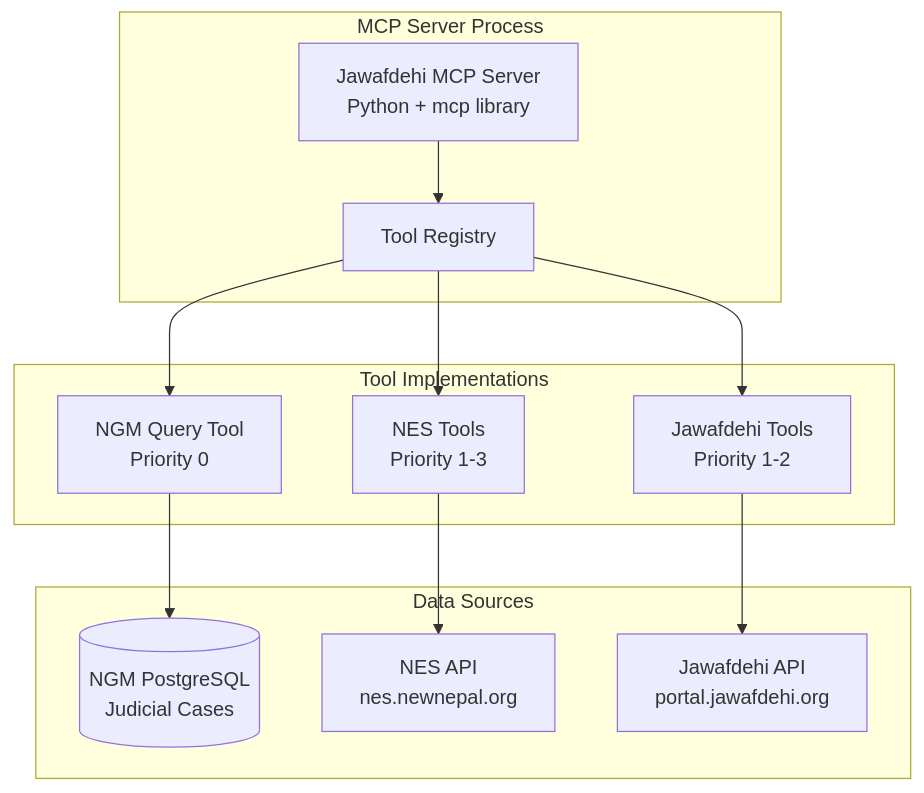
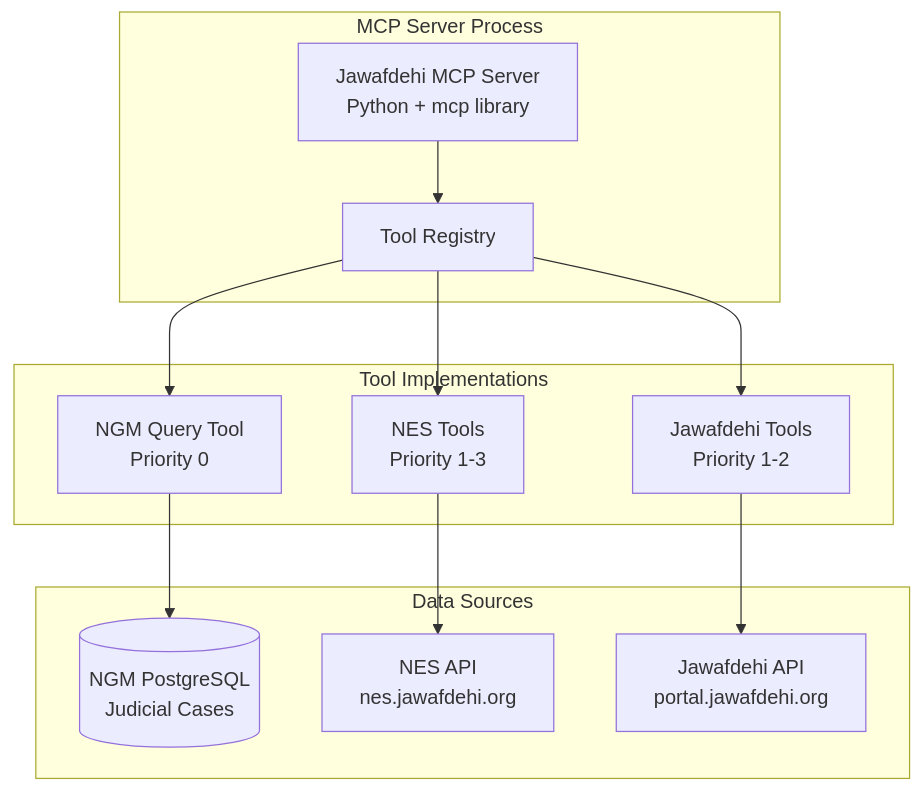
Before and after one commit to Jawafdehi/jawafdehi-meta: the first of 2 diagrams in .kiro/specs/jawafdehi-mcp-server/design.md, drawn with Mermaid. The commit also changed other lines of this file and 26 other files, not shown here.

Commit message:
Rename NewNepal org to Jawafdehi org

````diff
--- a/.kiro/specs/jawafdehi-mcp-server/design.md
+++ b/.kiro/specs/jawafdehi-mcp-server/design.md
@@ -9,29 +9,29 @@
 ```mermaid
 graph TB
     subgraph "MCP Server Process"
         Server[Jawafdehi MCP Server<br/>Python + mcp library]
         ToolRegistry[Tool Registry]
         
         Server --> ToolRegistry
     end
     
     subgraph "Tool Implementations"
         NGMTool[NGM Query Tool<br/>Priority 0]
         NESTools[NES Tools<br/>Priority 1-3]
         JawafTools[Jawafdehi Tools<br/>Priority 1-2]
         
         ToolRegistry --> NGMTool
         ToolRegistry --> NESTools
         ToolRegistry --> JawafTools
     end
     
     subgraph "Data Sources"
         NGMDB[(NGM PostgreSQL<br/>Judicial Cases)]
-        NESAPI[NES API<br/>nes.newnepal.org]
+        NESAPI[NES API<br/>nes.jawafdehi.org]
         JawafAPI[Jawafdehi API<br/>portal.jawafdehi.org]
         
         NGMTool --> NGMDB
         NESTools --> NESAPI
         JawafTools --> JawafAPI
     end
 ```
````
